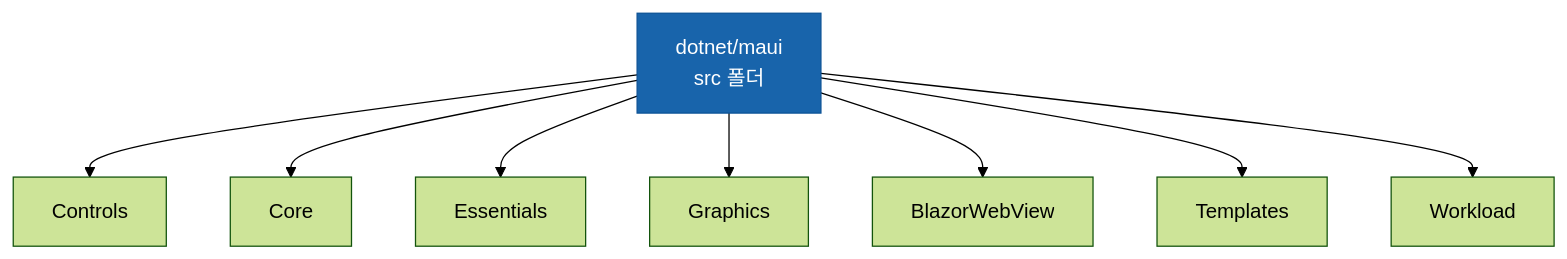
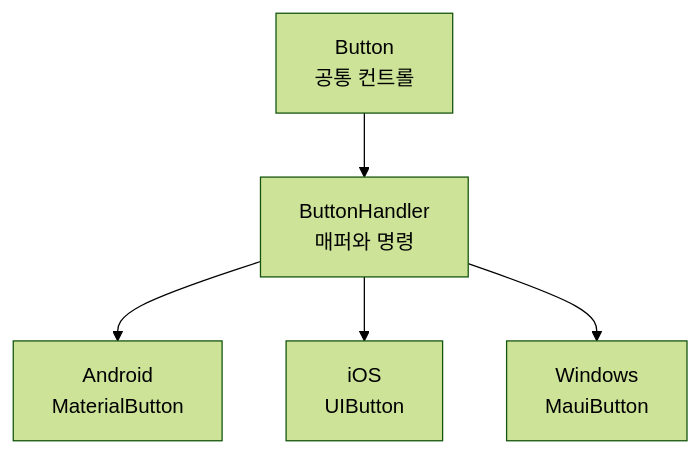
One commit to ibocon/ibocon changed the sixth of 8 diagrams in blog/dotnet-reference-projects.md. Above: the diagram before and after it, drawn with Mermaid (forest theme). The commit also changed other lines of this file and 24 other files, not shown here.

````diff
--- a/blog/dotnet-reference-projects.md
+++ b/blog/dotnet-reference-projects.md
@@ -66,12 +128,7 @@
 ```mermaid
 flowchart TB
-    A["dotnet/maui<br/>src 폴더"] --> B["Controls"]
-    A --> C["Core"]
-    A --> D["Essentials"]
-    A --> E["Graphics"]
-    A --> F["BlazorWebView"]
-    A --> G["Templates"]
-    A --> H["Workload"]
-
-    style A fill:#1864ab,stroke:#0c5296,color:#fff
+    B["Button<br/>공통 컨트롤"] --> H["ButtonHandler<br/>매퍼와 명령"]
+    H --> A["Android<br/>MaterialButton"]
+    H --> I["iOS<br/>UIButton"]
+    H --> W["Windows<br/>MauiButton"]
 ```
````
